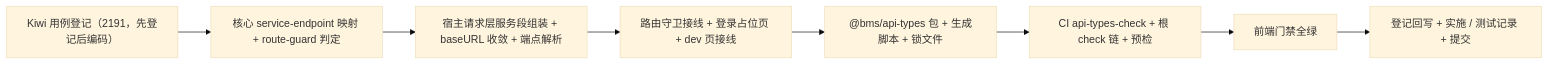
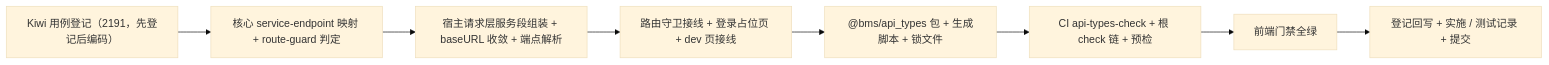
Before and after one commit to minjian123/basic-management-system: the diagram in bms文档/项目/02_后端基座与服务化地基/任务/04_API网关与边缘/04_API网关与边缘_01_网关接入与声明式配置/04_API网关与边缘_01_网关接入与声明式配置_01_前端网关接入改造/实施/01_实施_01_前端网关接入改造.md, drawn with Mermaid (base theme). The commit also changed other lines of this file and 919 other files, not shown here.

````diff
--- a/bms文档/项目/02_后端基座与服务化地基/任务/04_API网关与边缘/04_API网关与边缘_01_网关接入与声明式配置/04_API网关与边缘_01_网关接入与声明式配置_01_前端网关接入改造/实施/01_实施_01_前端网关接入改造.md
+++ b/bms文档/项目/02_后端基座与服务化地基/任务/04_API网关与边缘/04_API网关与边缘_01_网关接入与声明式配置/04_API网关与边缘_01_网关接入与声明式配置_01_前端网关接入改造/实施/01_实施_01_前端网关接入改造.md
@@ -22,10 +22,10 @@
 ```mermaid
 flowchart LR
     A["Kiwi 用例登记（2191，先登记后编码）"] --> B["核心 service-endpoint 映射 + route-guard 判定"]
     B --> C["宿主请求层服务段组装 + baseURL 收敛 + 端点解析"]
     C --> D["路由守卫接线 + 登录占位页 + dev 页接线"]
-    D --> E["@bms/api-types 包 + 生成脚本 + 锁文件"]
+    D --> E["@bms/api_types 包 + 生成脚本 + 锁文件"]
     E --> F["CI api-types-check + 根 check 链 + 预检"]
     F --> G["前端门禁全绿"]
     G --> H["登记回写 + 实施 / 测试记录 + 提交"]
 ```
````
